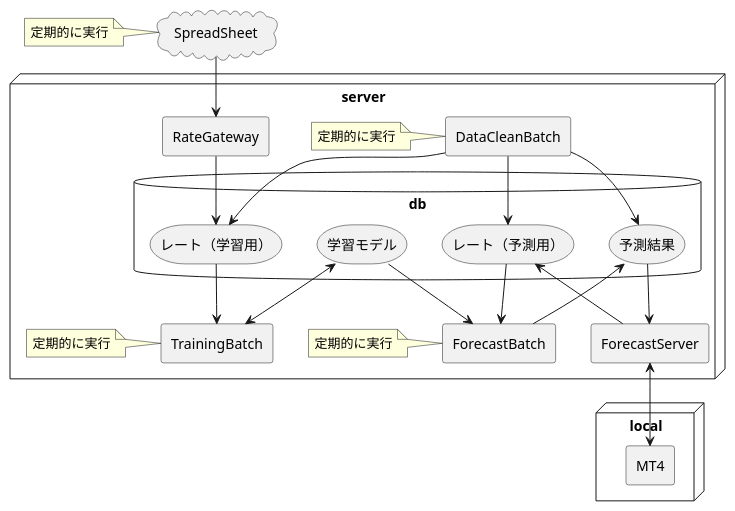
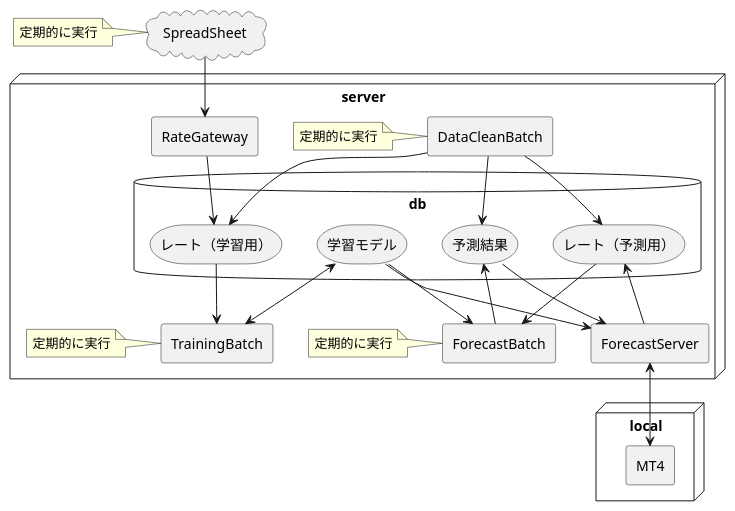
One commit to canpok1/bin-option-rust changed the diagram in docs/overview.plantuml. Above: the diagram before and after it, drawn with PlantUML.

Commit message:
構成図を現状に合わせて修正

```diff
--- a/docs/overview.plantuml
+++ b/docs/overview.plantuml
@@ -1,68 +1,69 @@
 @startuml bin-option-rust
 
 cloud gas [
     SpreadSheet
 ]
 note left of gas
 定期的に実行
 end note
 
 node server {
     database db {
         storage models [
             学習モデル
         ]
         storage rates [
             レート（学習用）
         ]
         storage histories [
             レート（予測用）
         ]
         storage forecast [
             予測結果
         ]
     }
 
     agent ForecastServer
 
     agent ForecastBatch
     note left of ForecastBatch
     定期的に実行
     end note
 
     agent RateGateway
 
     agent TrainingBatch
     note left of TrainingBatch
     定期的に実行
     end note
 
     agent DataCleanBatch
     note left of DataCleanBatch
     定期的に実行
     end note
 }
 
 node local {
     agent MT4
 }
 
 histories <-- ForecastServer
+models --> ForecastServer
 forecast --> ForecastServer
 ForecastServer <--> MT4
 
 models --> ForecastBatch
 histories --> ForecastBatch
 forecast <-- ForecastBatch
 
 models <--> TrainingBatch
 rates -->TrainingBatch
 
 gas --> RateGateway
 RateGateway --> rates
 
 DataCleanBatch --> rates
 DataCleanBatch --> histories
 DataCleanBatch --> forecast
 
 @enduml
```
